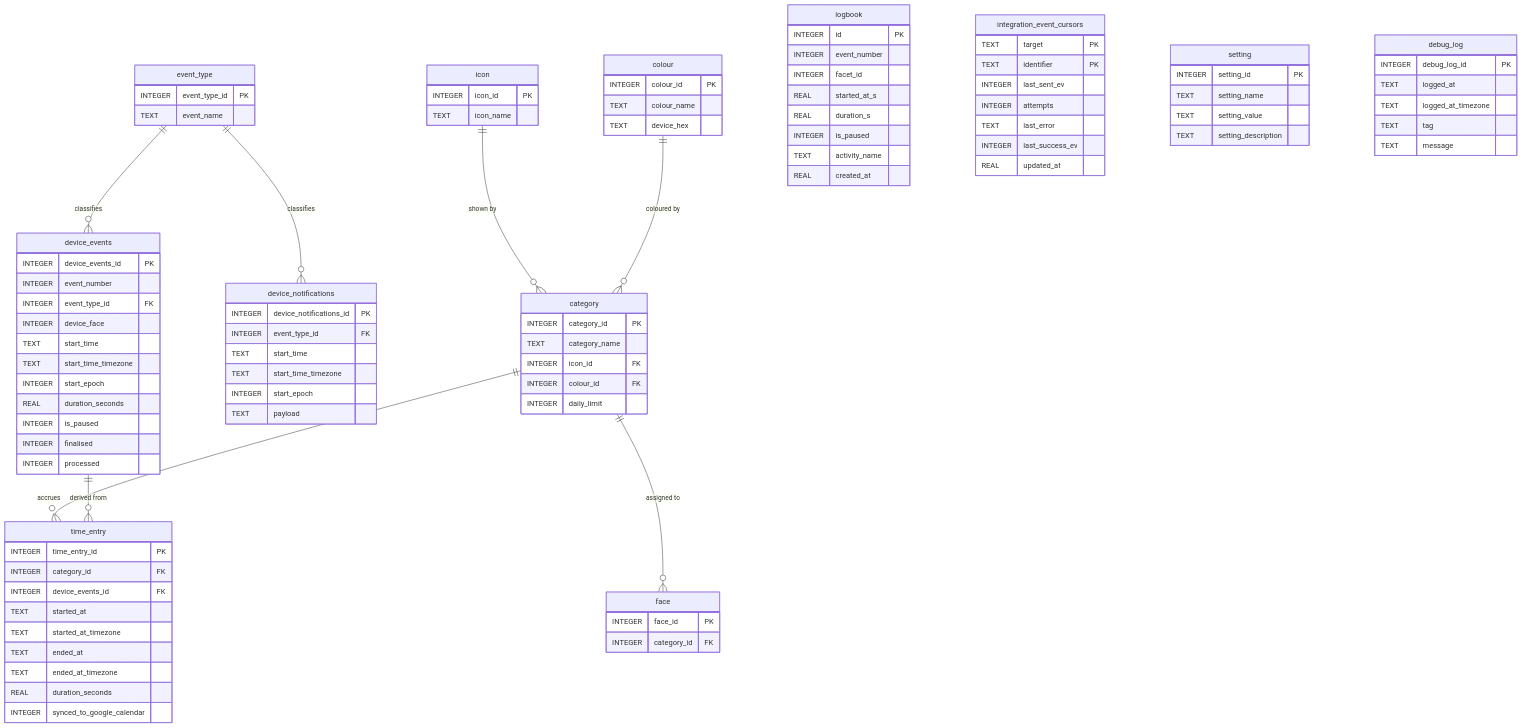
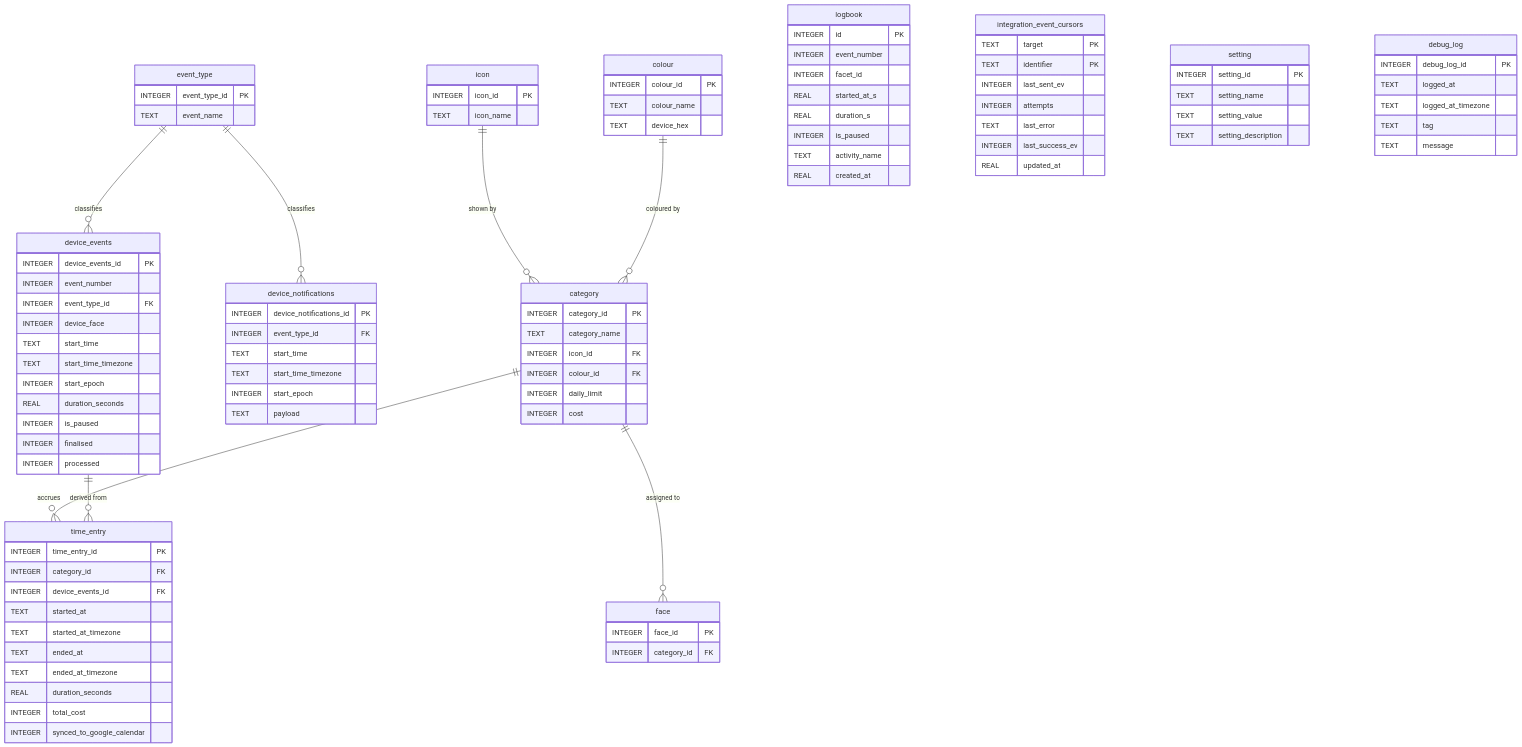
Before and after one commit to tuxcomputers/TimeFlipApp: the diagram in database/ER-diagram.md, drawn with Mermaid. The commit also changed 3 other files, not shown here.

First line of the commit message:
Add cost (category) and total_cost (time_entry) columns, in cents

```diff
--- a/database/ER-diagram.md
+++ b/database/ER-diagram.md
@@ -71,6 +71,7 @@
         INTEGER icon_id FK
         INTEGER colour_id FK
         INTEGER daily_limit
+        INTEGER cost
     }
 
     face {
@@ -87,6 +88,7 @@
         TEXT    ended_at
         TEXT    ended_at_timezone
         REAL    duration_seconds
+        INTEGER total_cost
         INTEGER synced_to_google_calendar
     }
 
```
